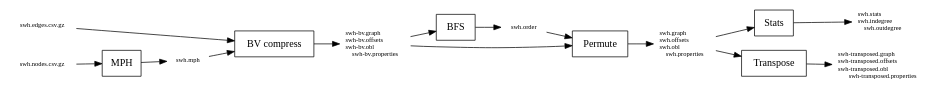
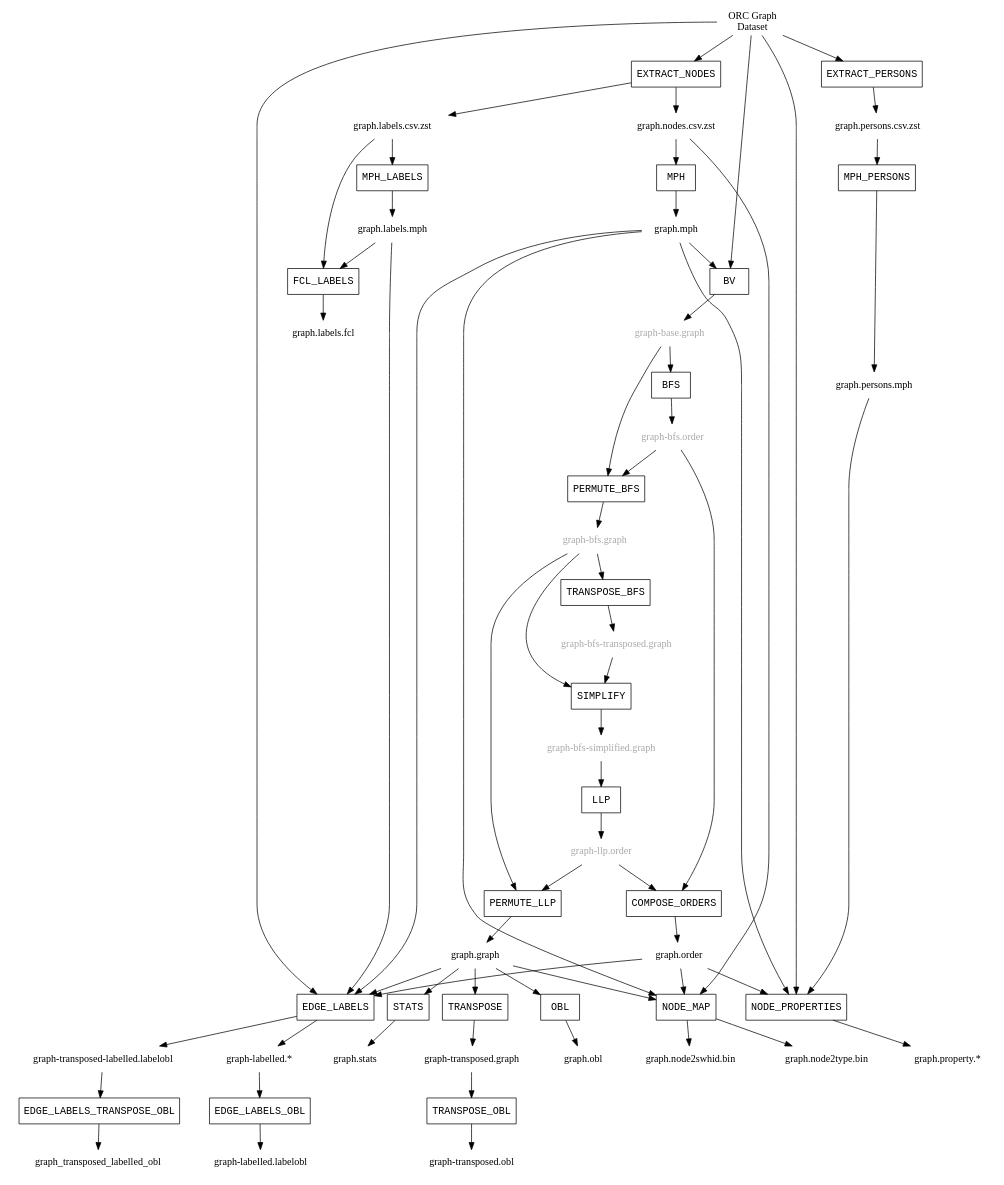
Before and after one commit to SoftwareHeritage/swh-graph: the diagram in docs/images/compression_steps.dot, drawn with Graphviz. The commit also changed 240 other files, not shown here.

```diff
--- a/docs/images/compression_steps.dot
+++ b/docs/images/compression_steps.dot
@@ -1,51 +1,111 @@
 digraph "Compression steps" {
-    // Horizontal graph
-    rankdir=LR;
+    node [shape = none];
+
+    orc_dataset [label="ORC Graph\nDataset"];
+    nodes_csv [label="graph.nodes.csv.zst"];
+    labels_csv [label="graph.labels.csv.zst"];
+    graph_mph [label="graph.mph"];
 
     subgraph {
-        input_edges [label="swh.edges.csv.gz", fontsize=9, shape=none];
-        input_nodes [label="swh.nodes.csv.gz", fontsize=9, shape=none];
-        {rank=same; input_edges; input_nodes;}
+        node [fontcolor=darkgray];
+        graph_base [label="graph-base.graph"]
+        graph_bfs_order [label="graph-bfs.order"]
+        graph_bfs [label="graph-bfs.graph"]
+        graph_bfs_transposed [label="graph-bfs-transposed.graph"]
+        graph_bfs_simplified [label="graph-bfs-simplified.graph"]
+        graph_llp_order [label="graph-llp.order"]
     }
 
-    mph [label="MPH", shape=box];
-    mph_out [label="swh.mph", fontsize=9, shape=none];
+    graph_llp [label="graph.graph"]
+    graph_llp_transposed [label="graph-transposed.graph"]
+    graph_order [label="graph.order"]
+    graph_obl [label="graph.obl"]
+    graph_transposed_obl [label="graph-transposed.obl"]
+    stats [label="graph.stats"]
+    swhidmap [label="graph.node2swhid.bin"]
+    typemap [label="graph.node2type.bin"]
+    persons_csv [label="graph.persons.csv.zst"];
+    persons_mph [label="graph.persons.mph"];
+    node_properties [label="graph.property.*"];
+    labels_mph [label="graph.labels.mph"];
+    labels_fcl [label="graph.labels.fcl"];
+    graph_labelled [label="graph-labelled.*"];
+    graph_transposed_labelled [label="graph-transposed-labelled.*"];
+    graph_labelled_obl [label="graph-labelled.labelobl"];
+    graph_transposed_labelled [label="graph-transposed-labelled.labelobl"];
 
-    bv_compress [label="BV compress", shape=box];
-    bv_compress_out
-        [label="swh-bv.graph\lswh-bv.offsets\lswh-bv.obl\lswh-bv.properties",
-        fontsize=9, shape=none];
+    subgraph {
+        node [shape=box, fontname="Courier New"];
+        EXTRACT_NODES;
+        MPH;
+        BV;
+        BFS;
+        PERMUTE_BFS;
+        TRANSPOSE_BFS;
+        SIMPLIFY;
+        LLP;
+        PERMUTE_LLP;
+        COMPOSE_ORDERS;
+        STATS;
+        TRANSPOSE;
+        OBL;
+        TRANSPOSE_OBL;
+        NODE_MAP;
+        EXTRACT_PERSONS;
+        MPH_PERSONS;
+        NODE_PROPERTIES;
+        MPH_LABELS;
+        FCL_LABELS;
+        EDGE_LABELS;
+        EDGE_LABELS_OBL;
+        EDGE_LABELS_TRANSPOSE_OBL;
+    }
 
-    bfs [label="BFS", shape=box];
-    bfs_out [label="swh.order", fontsize=9, shape=none];
 
-    permute [label="Permute", shape=box];
-    permute_out
-        [label="swh.graph\lswh.offsets\lswh.obl\lswh.properties",
-        fontsize=9, shape=none];
-
-    stats [label="Stats", shape=box];
-    stats_out
-        [label="swh.stats\lswh.indegree\lswh.outdegree",
-        fontsize=9, shape=none];
-
-    transpose [label="Transpose", shape=box];
-    transpose_out
-        [label="swh-transposed.graph\lswh-transposed.offsets\lswh-transposed.obl\lswh-transposed.properties",
-        fontsize=9, shape=none];
-
-    input_nodes -> mph;
-    input_edges -> bv_compress;
-    mph -> mph_out;
-    mph_out -> bv_compress;
-    bv_compress -> bv_compress_out;
-    bv_compress_out-> bfs;
-    bv_compress_out-> permute;
-    bfs -> bfs_out;
-    bfs_out -> permute;
-    permute -> permute_out;
-    permute_out -> stats;
-    permute_out -> transpose;
-    stats -> stats_out;
-    transpose -> transpose_out;
+    orc_dataset -> EXTRACT_NODES;
+    EXTRACT_NODES -> nodes_csv;
+    EXTRACT_NODES -> labels_csv;
+    nodes_csv -> MPH -> graph_mph;
+    graph_mph -> BV;
+    orc_dataset -> BV -> graph_base;
+    graph_base -> BFS -> graph_bfs_order;
+    graph_bfs_order -> PERMUTE_BFS;
+    graph_base -> PERMUTE_BFS -> graph_bfs;
+    graph_bfs -> TRANSPOSE_BFS -> graph_bfs_transposed;
+    graph_bfs_transposed -> SIMPLIFY;
+    graph_bfs -> SIMPLIFY -> graph_bfs_simplified;
+    graph_bfs_simplified -> LLP -> graph_llp_order;
+    graph_llp_order -> PERMUTE_LLP;
+    graph_bfs -> PERMUTE_LLP -> graph_llp;
+    graph_bfs_order -> COMPOSE_ORDERS;
+    graph_llp_order -> COMPOSE_ORDERS -> graph_order;
+    graph_llp -> TRANSPOSE -> graph_llp_transposed;
+    graph_llp -> OBL -> graph_obl;
+    graph_llp_transposed -> TRANSPOSE_OBL -> graph_transposed_obl;
+    graph_llp -> STATS -> stats;
+    graph_llp -> NODE_MAP;
+    nodes_csv -> NODE_MAP;
+    graph_mph -> NODE_MAP;
+    graph_order -> NODE_MAP;
+    NODE_MAP -> swhidmap;
+    NODE_MAP -> typemap;
+    orc_dataset -> EXTRACT_PERSONS -> persons_csv;
+    persons_csv -> MPH_PERSONS -> persons_mph;
+    orc_dataset -> NODE_PROPERTIES;
+    persons_mph -> NODE_PROPERTIES;
+    graph_mph -> NODE_PROPERTIES;
+    graph_order -> NODE_PROPERTIES;
+    NODE_PROPERTIES -> node_properties;
+    labels_csv -> MPH_LABELS -> labels_mph;
+    labels_mph -> FCL_LABELS;
+    labels_csv -> FCL_LABELS -> labels_fcl;
+    orc_dataset -> EDGE_LABELS;
+    labels_mph -> EDGE_LABELS;
+    graph_llp -> EDGE_LABELS;
+    graph_mph -> EDGE_LABELS;
+    graph_order -> EDGE_LABELS;
+    EDGE_LABELS -> graph_labelled;
+    EDGE_LABELS -> graph_transposed_labelled;
+    graph_labelled -> EDGE_LABELS_OBL -> graph_labelled_obl;
+    graph_transposed_labelled -> EDGE_LABELS_TRANSPOSE_OBL -> graph_transposed_labelled_obl;
 }
```
